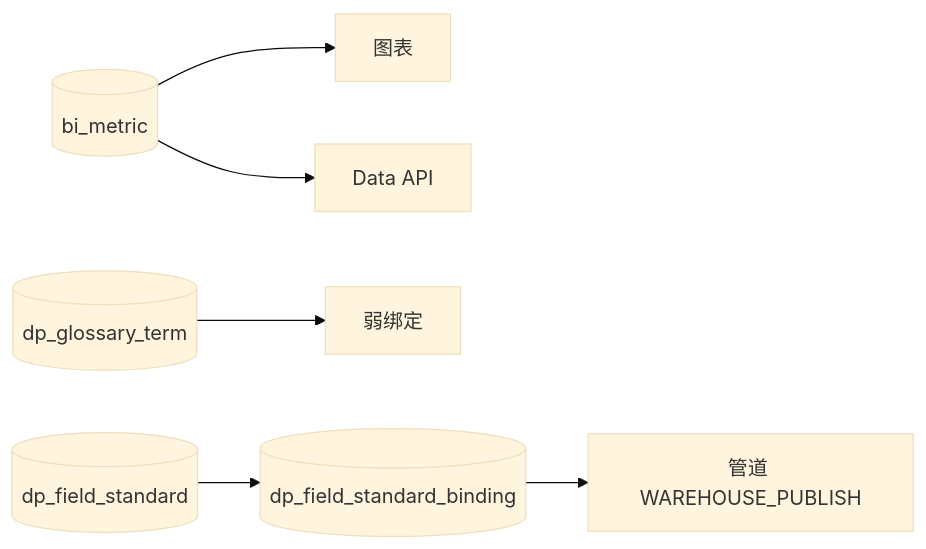
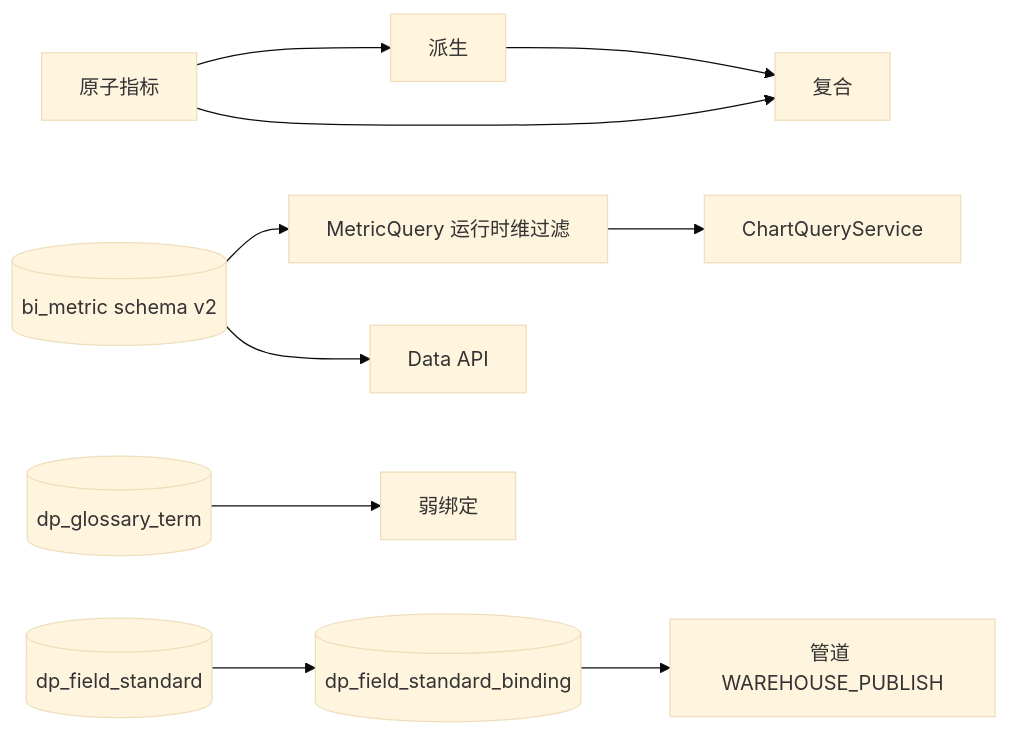
Before and after one commit to luocheng930202-coder/wanfo-bi-cloud: diagram 11 of 15 in docs/SYSTEM-DESIGN.md, drawn with Mermaid (base theme). The commit also changed other lines of this file and 9 other files, not shown here.

Commit message:
feat(bi): redesign metrics as atomic/derived/composite (schema v2)

````diff
--- a/docs/SYSTEM-DESIGN.md
+++ b/docs/SYSTEM-DESIGN.md
@@ -687,8 +687,12 @@
 ```mermaid
 flowchart LR
-  Metric[(bi_metric)] --> Chart[图表]
+  Atomic[原子指标] --> Derived[派生]
+  Atomic --> Composite[复合]
+  Derived --> Composite
+  Metric[(bi_metric schema v2)] --> Query[MetricQuery 运行时维过滤]
+  Query --> ChartQS[ChartQueryService]
   Metric --> DataAPI[Data API]
   Gloss[(dp_glossary_term)] --> Bind[弱绑定]
   Std[(dp_field_standard)] --> Bind2[(dp_field_standard_binding)]
   Bind2 --> PipeGate[管道 WAREHOUSE_PUBLISH]
 ```
````
